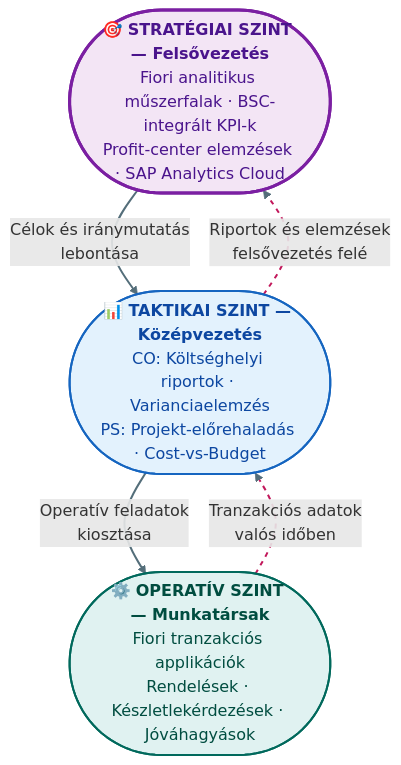
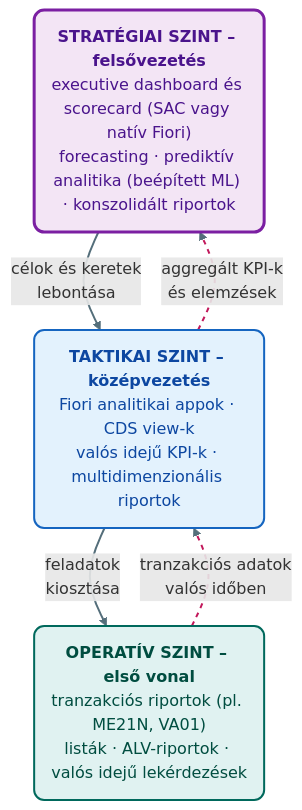
Before and after one commit to denespocsik/MM_BSC_Zarovizsga: the fourth of 4 diagrams in Tételek/V15-GMXIV2MBLF-ERP projektmenedzsment és üzemeltetés.tétel.md, drawn with Mermaid. The commit also changed other lines of this file and 2 other files, not shown here.

````diff
--- a/Tételek/V15-GMXIV2MBLF-ERP projektmenedzsment és üzemeltetés.tétel.md
+++ b/Tételek/V15-GMXIV2MBLF-ERP projektmenedzsment és üzemeltetés.tétel.md
@@ -176,18 +197,18 @@
 ```mermaid
 flowchart TD
-    S(["🎯 <b>STRATÉGIAI SZINT — Felsővezetés</b><br/>Fiori analitikus műszerfalak · BSC-integrált KPI-k<br/>Profit-center elemzések · SAP Analytics Cloud"]):::lilaH
-    T(["📊 <b>TAKTIKAI SZINT — Középvezetés</b><br/>CO: Költséghelyi riportok · Varianciaelemzés<br/>PS: Projekt-előrehaladás · Cost-vs-Budget"]):::kek
-    O(["⚙️ <b>OPERATÍV SZINT — Munkatársak</b><br/>Fiori tranzakciós applikációk<br/>Rendelések · Készletlekérdezések · Jóváhagyások"]):::turkiz
+    S("<b>STRATÉGIAI SZINT – felsővezetés</b><br/>executive dashboard és scorecard (SAC vagy natív Fiori)<br/>forecasting · prediktív analitika (beépített ML) · konszolidált riportok"):::lilaH
+    T("<b>TAKTIKAI SZINT – középvezetés</b><br/>Fiori analitikai appok · CDS view-k<br/>valós idejű KPI-k · multidimenzionális riportok"):::kek
+    O("<b>OPERATÍV SZINT – első vonal</b><br/>tranzakciós riportok (pl. ME21N, VA01)<br/>listák · ALV-riportok · valós idejű lekérdezések"):::turkiz
 
-    S -->|"Célok és iránymutatás<br/>lebontása"| T
-    T -->|"Operatív feladatok<br/>kiosztása"| O
-    O -->|"Tranzakciós adatok<br/>valós időben"| T
-    T -->|"Riportok és elemzések<br/>felsővezetés felé"| S
+    S -->|"célok és keretek<br/>lebontása"| T
+    T -->|"feladatok<br/>kiosztása"| O
+    O -->|"tranzakciós adatok<br/>valós időben"| T
+    T -->|"aggregált KPI-k<br/>és elemzések"| S
 
     classDef kek    fill:#e3f2fd,stroke:#1565c0,stroke-width:2px,color:#0d47a1,rx:10,ry:10;
     classDef lilaH  fill:#f3e5f5,stroke:#7b1fa2,stroke-width:3px,color:#4a148c,rx:10,ry:10;
     classDef turkiz fill:#e0f2f1,stroke:#00695c,stroke-width:2px,color:#004d40,rx:10,ry:10;
 
     linkStyle default stroke:#546e7a,stroke-width:2px;
     linkStyle 2,3 stroke:#c2185b,stroke-width:2px,stroke-dasharray: 5 5;
 ```
````
